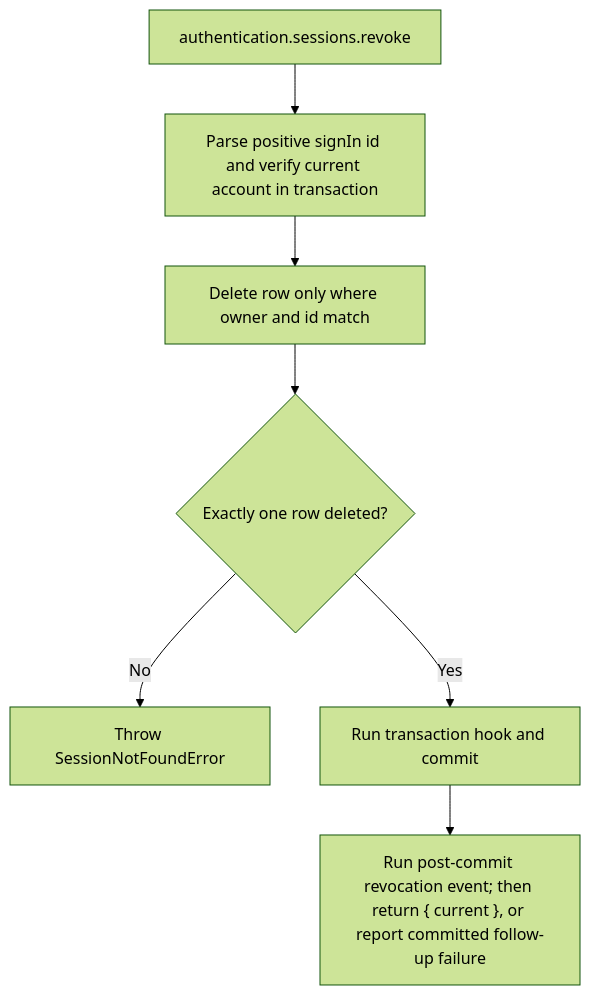
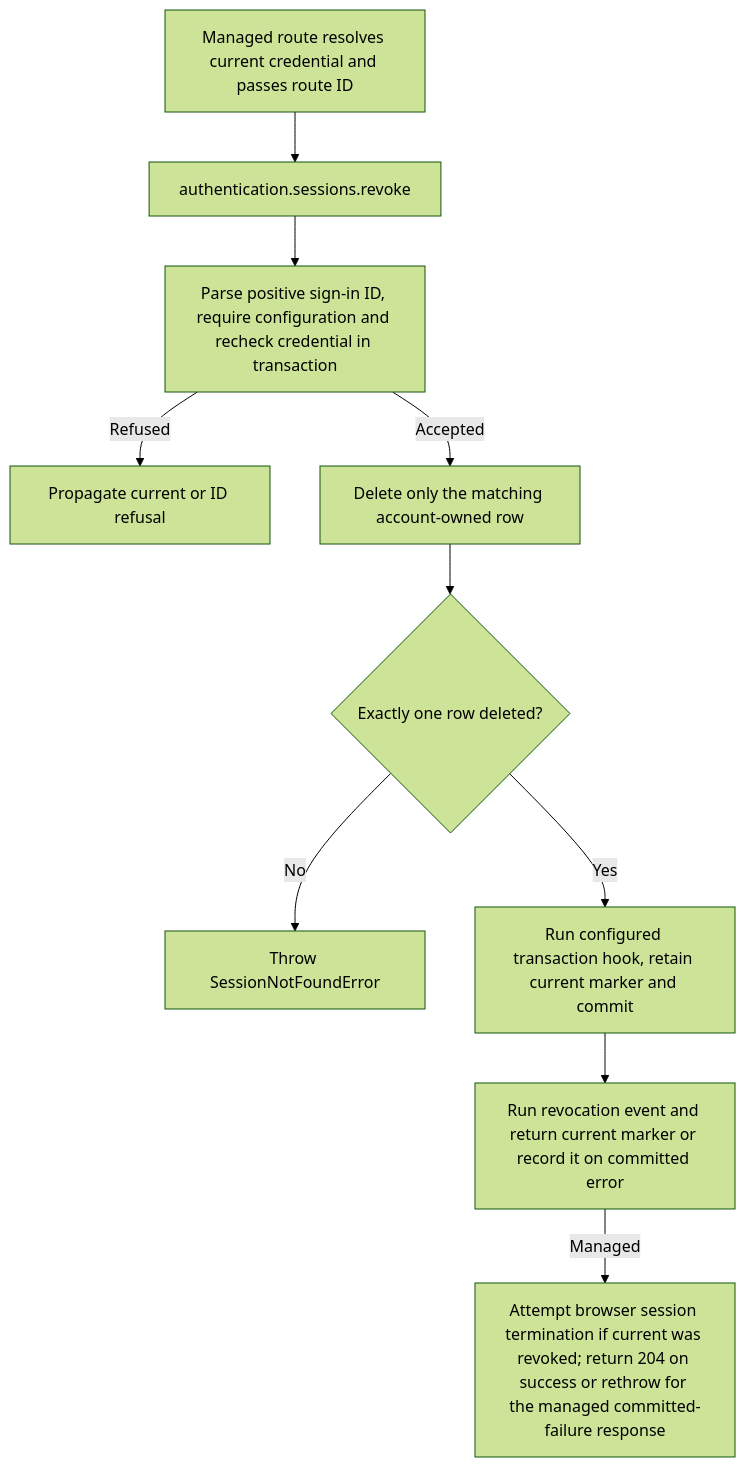
The second of 2 diagrams in user-stories/US-ACCOUNT-15-revoke-device.md (Kevinjohn/oss-adonisjs-account-kit), drawn with Mermaid (forest theme) before and after one commit. The commit also changed other lines of this file and 70 other files, not shown here.

````diff
--- a/user-stories/US-ACCOUNT-15-revoke-device.md
+++ b/user-stories/US-ACCOUNT-15-revoke-device.md
@@ -32,9 +32,12 @@
 ```mermaid
 flowchart TD
- A["authentication.sessions.revoke"] --> B["Parse positive signIn id and verify current account in transaction"]
- B --> C["Delete row only where owner and id match"]
- C --> D{"Exactly one row deleted?"}
- D -->|No| E["Throw SessionNotFoundError"]
- D -->|Yes| F["Run transaction hook and commit"]
- F --> G["Run post-commit revocation event; then return { current }, or report committed follow-up failure"]
+  M["Managed route resolves current credential and passes route ID"] --> A["authentication.sessions.revoke"]
+  A --> B["Parse positive sign-in ID, require configuration and recheck credential in transaction"]
+  B -->|Refused| X["Propagate current or ID refusal"]
+  B -->|Accepted| C["Delete only the matching account-owned row"]
+  C --> D{"Exactly one row deleted?"}
+  D -->|No| E["Throw SessionNotFoundError"]
+  D -->|Yes| F["Run configured transaction hook, retain current marker and commit"]
+  F --> G["Run revocation event and return current marker or record it on committed error"]
+  G -->|Managed| H["Attempt browser session termination if current was revoked; return 204 on success or rethrow for the managed committed-failure response"]
 ```
````
